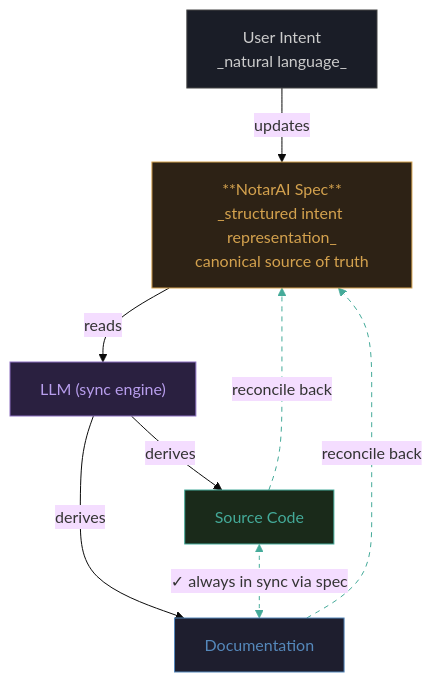
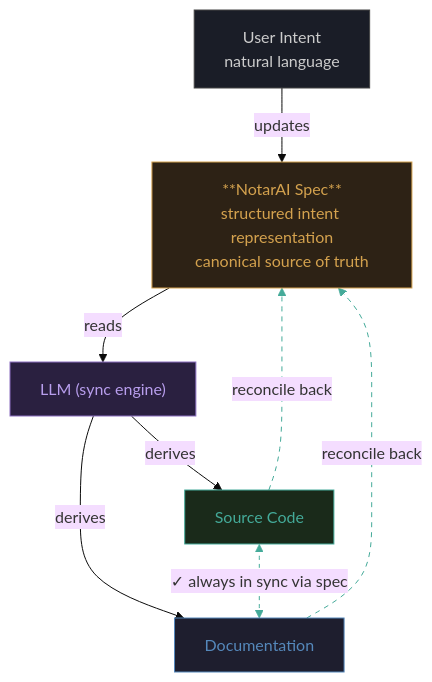
Before and after one commit to davidroeca/NotarAI: the third of 13 diagrams in docs/motivation-system-diagrams.md, drawn with Mermaid (base theme). The commit also changed other lines of this file, not shown here.

````diff
--- a/docs/motivation-system-diagrams.md
+++ b/docs/motivation-system-diagrams.md
@@ -55,26 +55,26 @@
 ```mermaid
 flowchart TD
-    Intent["User Intent<br/>_natural language_"]
-    Spec["**NotarAI Spec**<br/>_structured intent representation_<br/>canonical source of truth"]
+    Intent["User Intent<br/>natural language"]
+    Spec["**NotarAI Spec**<br/>structured intent representation<br/>canonical source of truth"]
     LLM["LLM (sync engine)"]
     Code["Source Code"]
     Docs["Documentation"]
 
     Intent -->|updates| Spec
     Spec -->|reads| LLM
     LLM -->|derives| Code
     LLM -->|derives| Docs
     Code -.->|reconcile back| Spec
     Docs -.->|reconcile back| Spec
     Code <-.->|"✓ always in sync via spec"| Docs
 
     style Intent fill:#1a1d27,stroke:#444,color:#ccc
     style Spec fill:#2d2215,stroke:#d4a24e,color:#d4a24e
     style LLM fill:#2a2040,stroke:#8b6fc0,color:#b89eed
     style Code fill:#1a2a1a,stroke:#4a9,color:#4a9
     style Docs fill:#1e1e2e,stroke:#5588bb,color:#5588bb
 
     linkStyle 4 stroke:#4a9,stroke-dasharray:5 5
     linkStyle 5 stroke:#4a9,stroke-dasharray:5 5
     linkStyle 6 stroke:#4a9,stroke-dasharray:4 4
 ```
````
